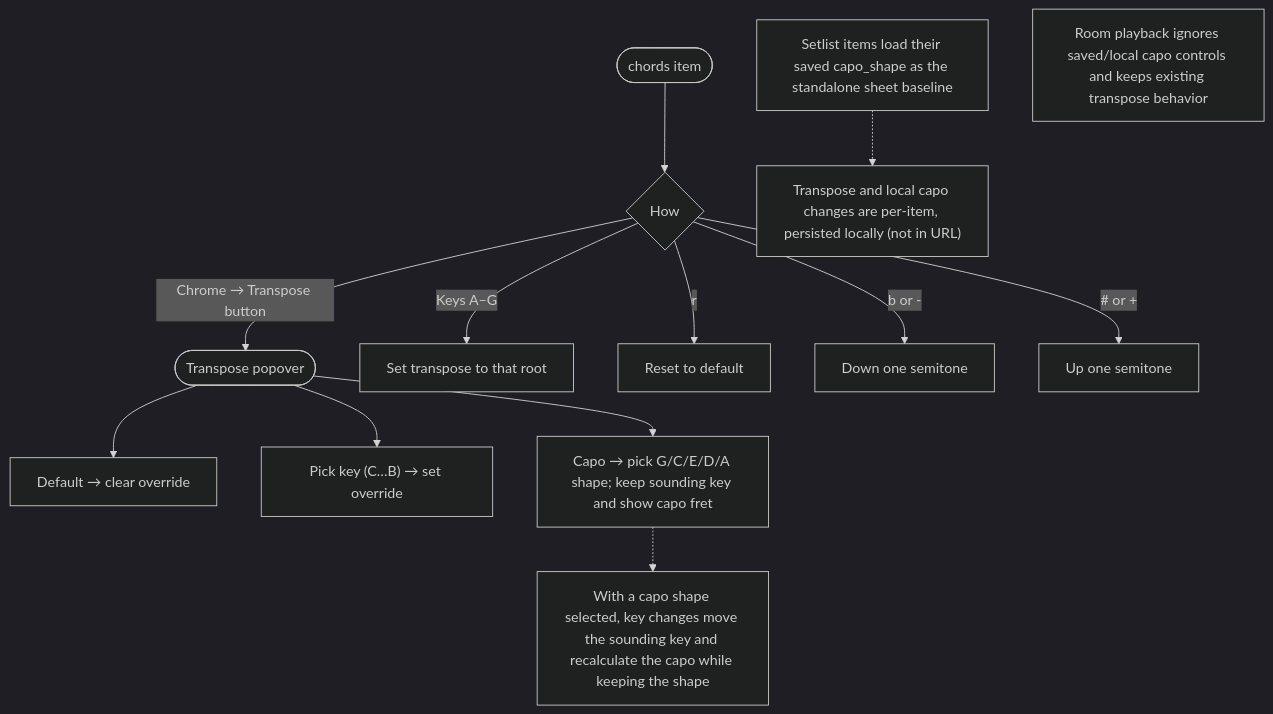
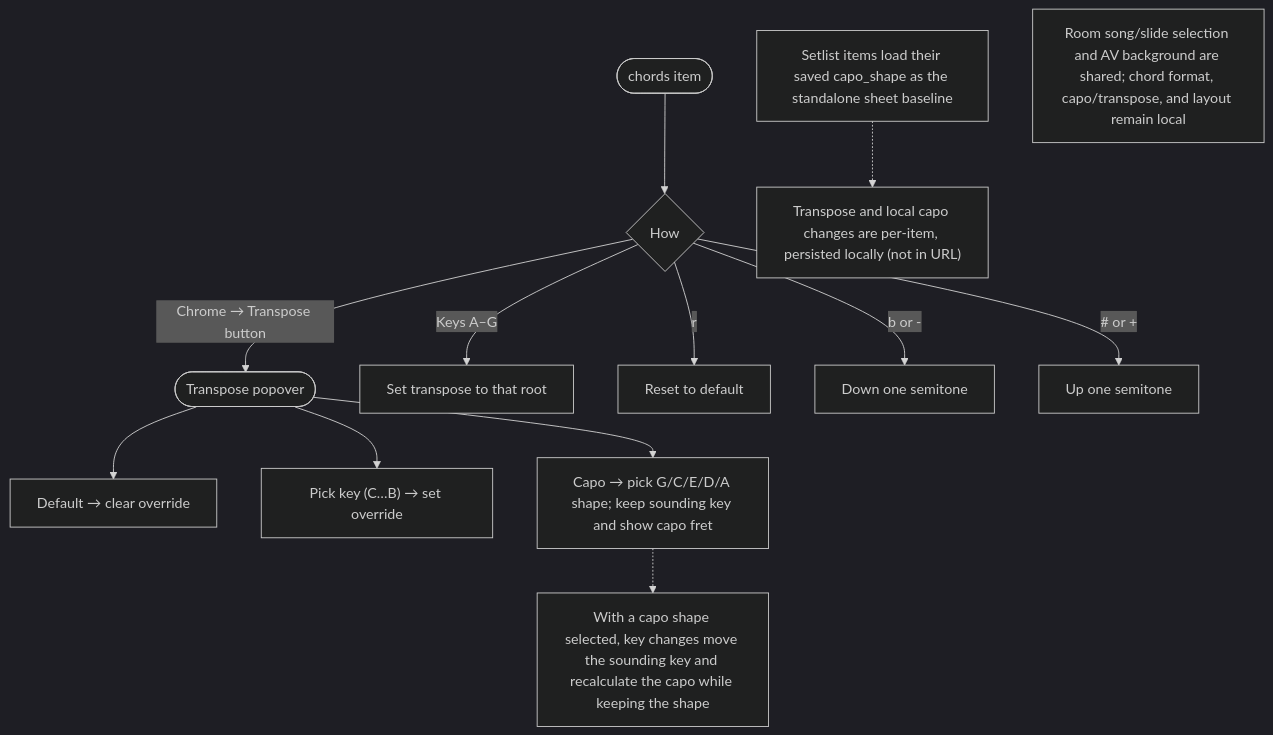
One commit to xilefmusics/worshipviewer changed diagram 35 of 57 in docs/architecture/frontend-user-flows.md. Above: the diagram before and after it, drawn with Mermaid (dark theme). The commit also changed other lines of this file and 89 other files, not shown here.

````diff
--- a/docs/architecture/frontend-user-flows.md
+++ b/docs/architecture/frontend-user-flows.md
@@ -616,17 +616,17 @@
 ```mermaid
 flowchart TD
     book(["chords item"]) --> how{How}
     how -->|Chrome → Transpose button| pop(["Transpose popover"])
     pop --> def["Default → clear override"]
     pop --> key["Pick key (C…B) → set override"]
     pop --> capo["Capo → pick G/C/E/D/A shape; keep sounding key and show capo fret"]
     how -->|Keys A–G| setroot["Set transpose to that root"]
     how -->|r| reset["Reset to default"]
     how -->|b or -| down["Down one semitone"]
     how -->|# or +| up["Up one semitone"]
     note["Transpose and local capo changes are per-item, persisted locally (not in URL)"]
     saved["Setlist items load their saved capo_shape as the standalone sheet baseline"]
     saved -.-> note
-    room["Room playback ignores saved/local capo controls and keeps existing transpose behavior"]
+    room["Room song/slide selection and AV background are shared; chord format, capo/transpose, and layout remain local"]
     capo -.-> note2["With a capo shape selected, key changes move the sounding key and recalculate the capo while keeping the shape"]
 ```
````
